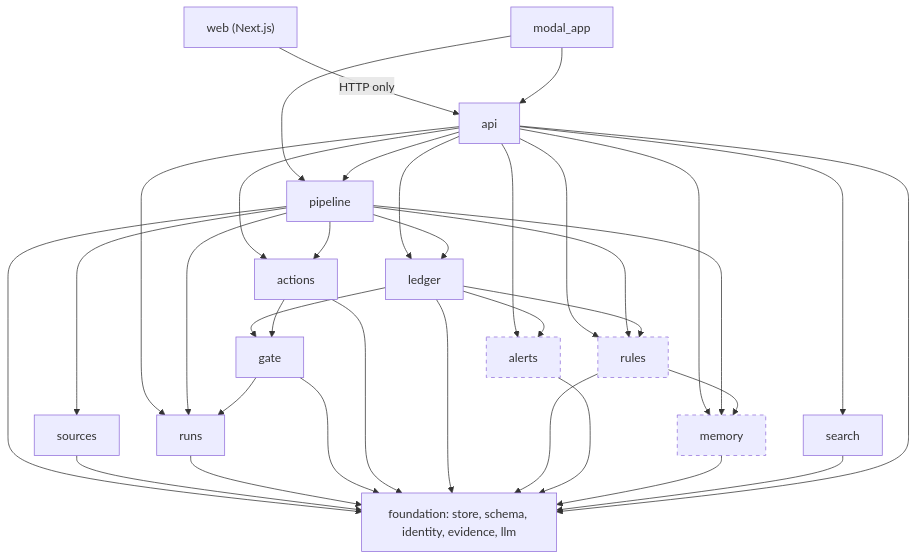
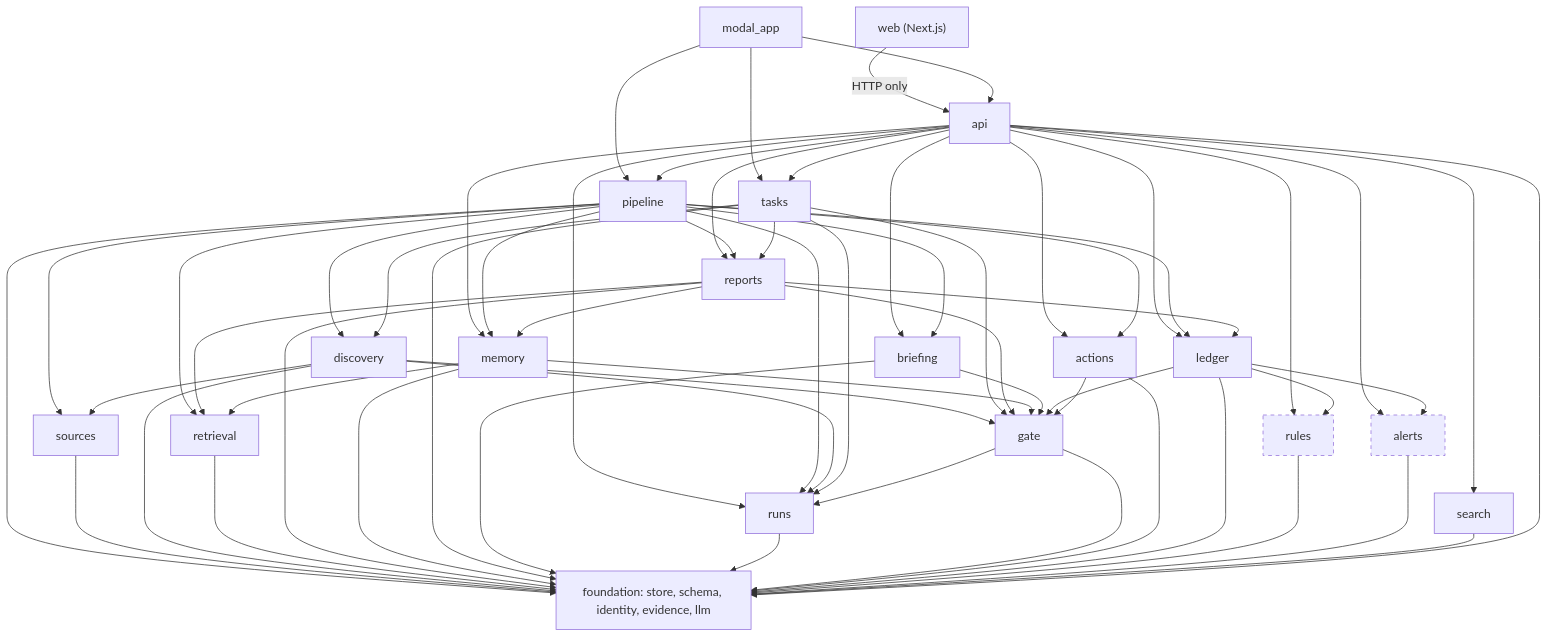
One commit to lutic1/agents-in-context-toronto changed the first of 7 diagrams in _bmad-output/planning-artifacts/architecture/architecture-agents-in-context-toronto-2026-11-13/ARCHITECTURE-SPINE.md. Above: the diagram before and after it, drawn with Mermaid. The commit also changed other lines of this file and 23 other files, not shown here.

````diff
--- a/_bmad-output/planning-artifacts/architecture/architecture-agents-in-context-toronto-2026-11-13/ARCHITECTURE-SPINE.md
+++ b/_bmad-output/planning-artifacts/architecture/architecture-agents-in-context-toronto-2026-11-13/ARCHITECTURE-SPINE.md
@@ -55,40 +62,65 @@
 ```mermaid
 flowchart TD
   web["web (Next.js)"] -->|HTTP only| api
   modal["modal_app"] --> api
   modal --> pipeline
+  modal --> tasks
   api --> pipeline
   api --> runs
   api --> actions
   api --> search
   api --> ledger
+  api --> reports
+  api --> memory
+  api --> tasks
+  api --> briefing
   api --> rules
   api --> alerts
-  api --> memory
   pipeline --> sources
+  pipeline --> discovery
+  pipeline --> retrieval
+  pipeline --> reports
+  pipeline --> memory
+  pipeline --> briefing
   pipeline --> runs
   pipeline --> ledger
   pipeline --> actions
-  pipeline --> rules
-  pipeline --> memory
+  discovery --> sources
+  discovery --> gate
+  discovery --> runs
+  tasks --> discovery
+  tasks --> reports
+  tasks --> gate
+  tasks --> runs
+  reports --> retrieval
+  reports --> memory
+  reports --> ledger
+  reports --> gate
+  memory --> retrieval
+  memory --> gate
+  briefing --> gate
   ledger --> gate
   actions --> gate
   gate --> runs
   ledger --> rules
   ledger --> alerts
-  rules --> memory
   pipeline --> foundation
   sources --> foundation
+  discovery --> foundation
+  retrieval --> foundation
+  reports --> foundation
+  memory --> foundation
+  tasks --> foundation
+  briefing --> foundation
   runs --> foundation
   gate --> foundation
   actions --> foundation
   ledger --> foundation
   rules --> foundation
   alerts --> foundation
-  memory --> foundation
   search --> foundation
   api --> foundation
   foundation["foundation: store, schema, identity, evidence, llm"]
   classDef deferred stroke-dasharray: 5 5
-  class rules,alerts,memory deferred
+  class rules,alerts deferred
 ```
````
